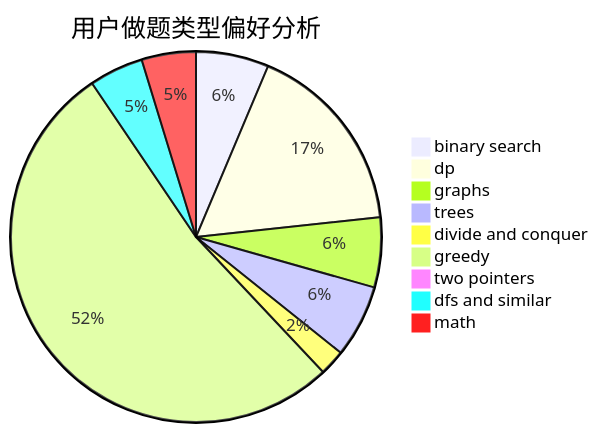
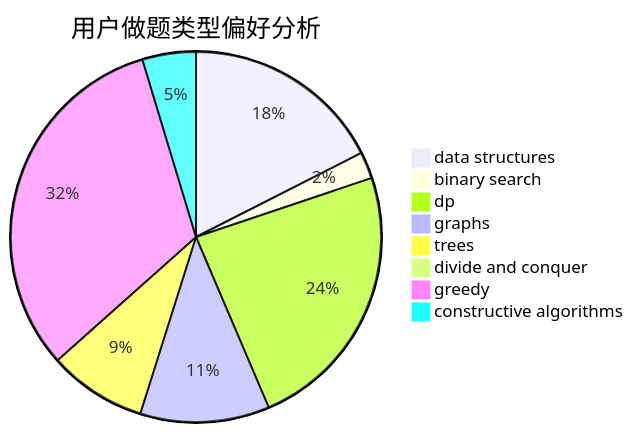
One commit to sherpahu/cfrs.github.io changed the second of 3 diagrams in docs/user/u1529.md. Above: the diagram before and after it, drawn with Mermaid. The commit also changed other lines of this file and 2775 other files, not shown here.

````diff
--- a/docs/user/u1529.md
+++ b/docs/user/u1529.md
@@ -23,12 +23,11 @@
 ```mermaid
 pie title 用户做题类型偏好分析
-    "binary search" :  51
-    "dp" :  136
-    "graphs" :  49
-    "trees" :  51
-    "divide and conquer" :  18
-    "greedy" :  422
-    "two pointers" :  6
-    "dfs and similar" :  38
-    "math" :  38
+    "data structures" :  45
+    "binary search" :  6
+    "dp" :  61
+    "graphs" :  29
+    "trees" :  22
+    "divide and conquer" :  0
+    "greedy" :  82
+    "constructive algorithms" :  12
 ```
````
